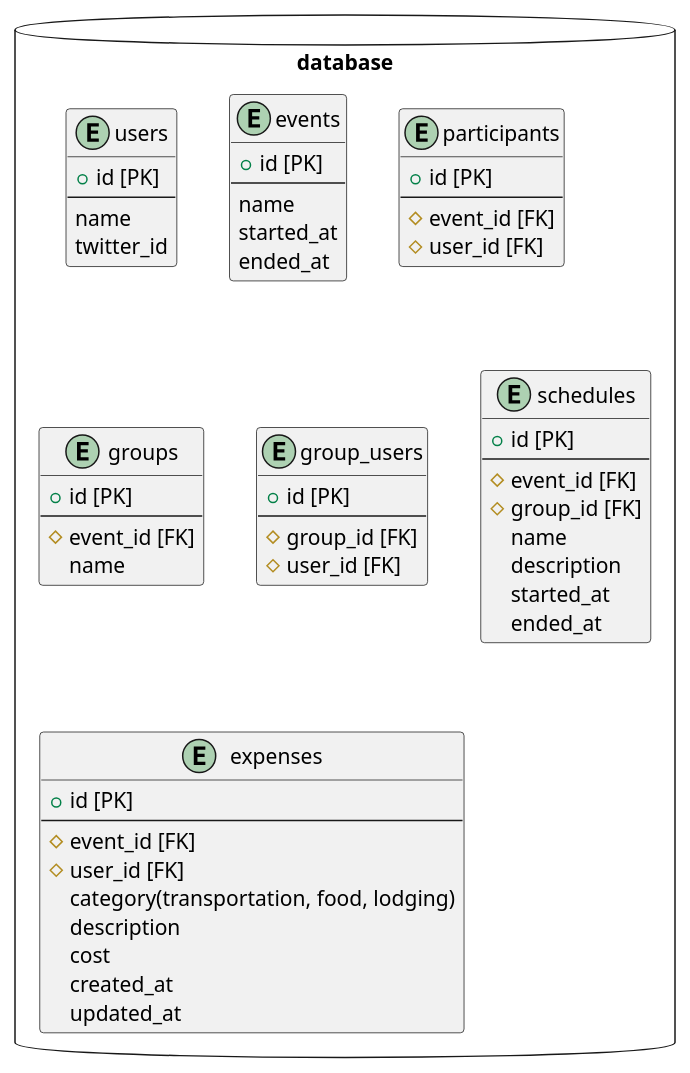
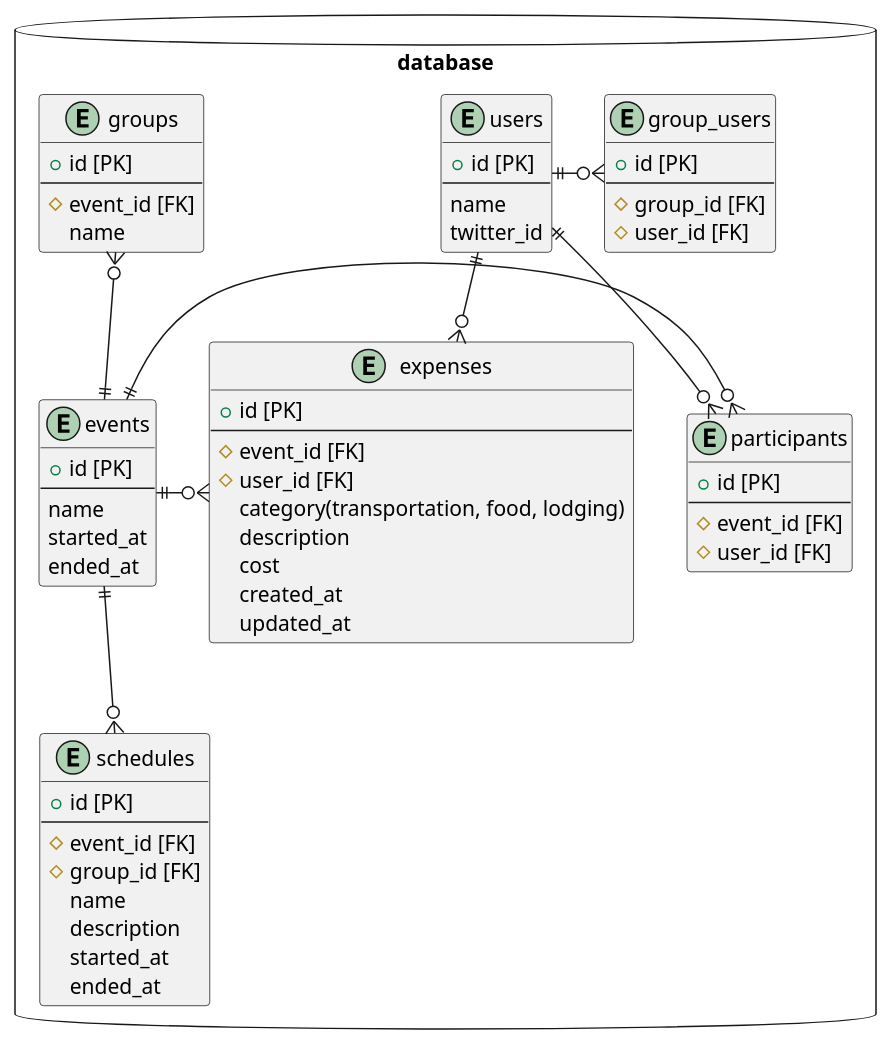
The diagram in docs/schema.md (tomocrafter/tispa-backend), drawn with PlantUML before and after one commit.

Commit message:
docs: 関連について定義

````diff
--- a/docs/schema.md
+++ b/docs/schema.md
@@ -3,66 +3,75 @@
 ```plantuml
 @startuml
 
 package database <<Database>> {
   entity users {
     + id [PK]
     ---
     name
     twitter_id
   }
 
   entity events {
     + id [PK]
     ---
     name
     started_at
     ended_at
   }
 
   entity participants {
     + id [PK]
     ---
     # event_id [FK]
     # user_id [FK]
   }
 
   entity groups {
     + id [PK]
     ---
     # event_id [FK]
     name
   }
 
   entity group_users {
     + id [PK]
     ---
     # group_id [FK]
     # user_id [FK]
   }
 
   entity schedules {
     + id [PK]
     ---
     # event_id [FK]
     # group_id [FK]
     name
     description
     started_at
     ended_at
   }
 
   entity expenses {
     + id [PK]
     ---
     # event_id [FK]
     # user_id [FK]
     category(transportation, food, lodging)
     description
     cost
     created_at
     updated_at
   }
 }
 
+users ||-d-o{ participants
+users ||-r-o{ group_users
+users ||-o{ expenses
+
+events ||-l-o{ participants
+events ||-u-o{ groups
+events ||-d-o{ schedules
+events ||-o{ expenses
+
 @enduml
 ```
````
